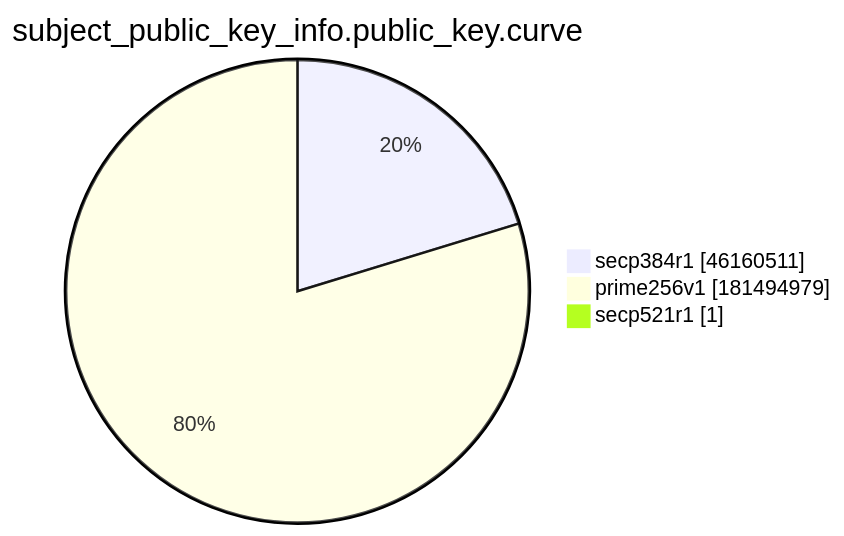
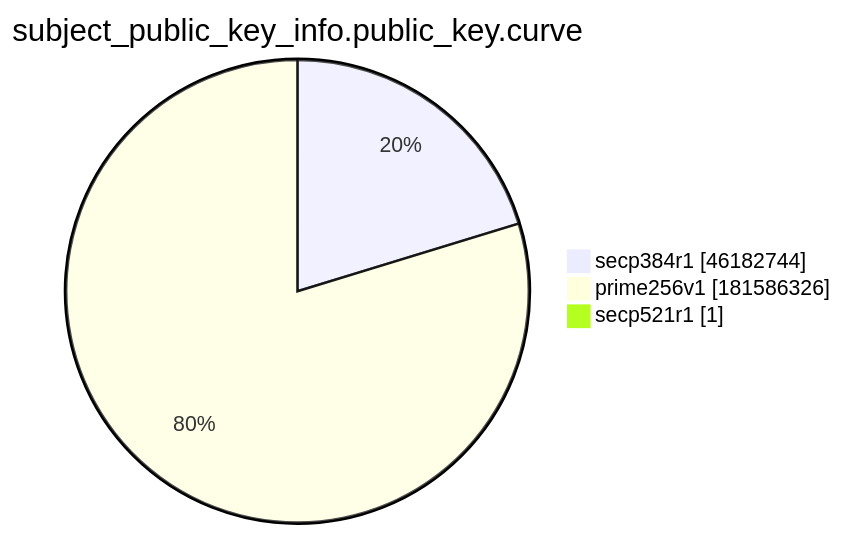
Before and after one commit to christiankrug/ctmonitor_visualization: the ninth of 15 diagrams in xenon2022/README.md, drawn with Mermaid. The commit also changed other lines of this file, not shown here.

````diff
--- a/xenon2022/README.md
+++ b/xenon2022/README.md
@@ -2874,7 +2874,7 @@
 ```mermaid
 pie showData
 title subject_public_key_info.public_key.curve
-"secp384r1" :46160511
-"prime256v1" :181494979
+"secp384r1" :46182744
+"prime256v1" :181586326
 "secp521r1" :1
 ```
````
